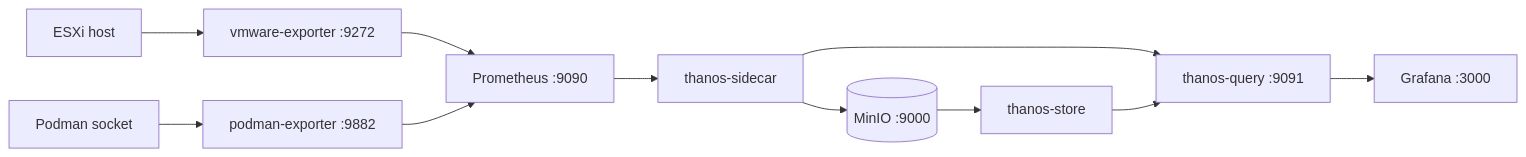
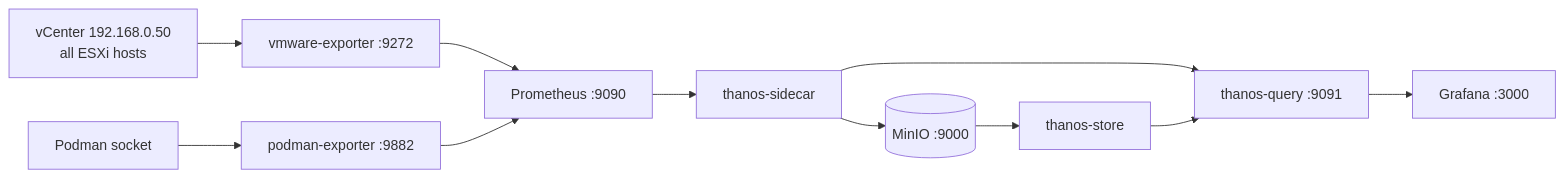
One commit to lirant10/homelab-grafana-iac changed the first of 2 diagrams in README.md. Above: the diagram before and after it, drawn with Mermaid. The commit also changed other lines of this file and 2 other files, not shown here.

First line of the commit message:
Scrape vCenter so every ESXi host shows up (#2)

````diff
--- a/README.md
+++ b/README.md
@@ -14,13 +14,13 @@
 ```mermaid
 flowchart LR
-    ESXi[ESXi host] --> VE[vmware-exporter :9272]
+    VC[vCenter 192.168.0.50<br/>all ESXi hosts] --> VE[vmware-exporter :9272]
     PS[Podman socket] --> PE[podman-exporter :9882]
     VE --> P[Prometheus :9090]
     PE --> P
     P --> SC[thanos-sidecar]
     SC --> M[(MinIO :9000)]
     M --> ST[thanos-store]
     SC --> Q[thanos-query :9091]
     ST --> Q
     Q --> G[Grafana :3000]
 ```
````
